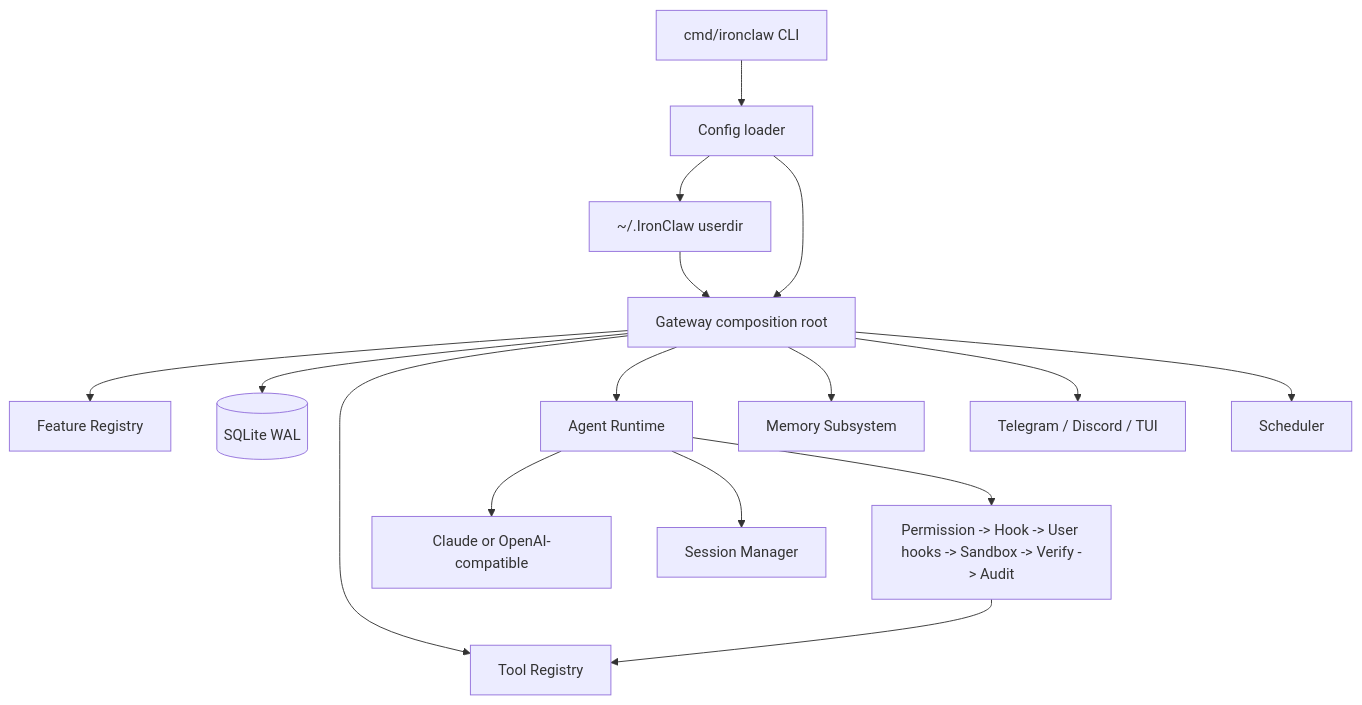
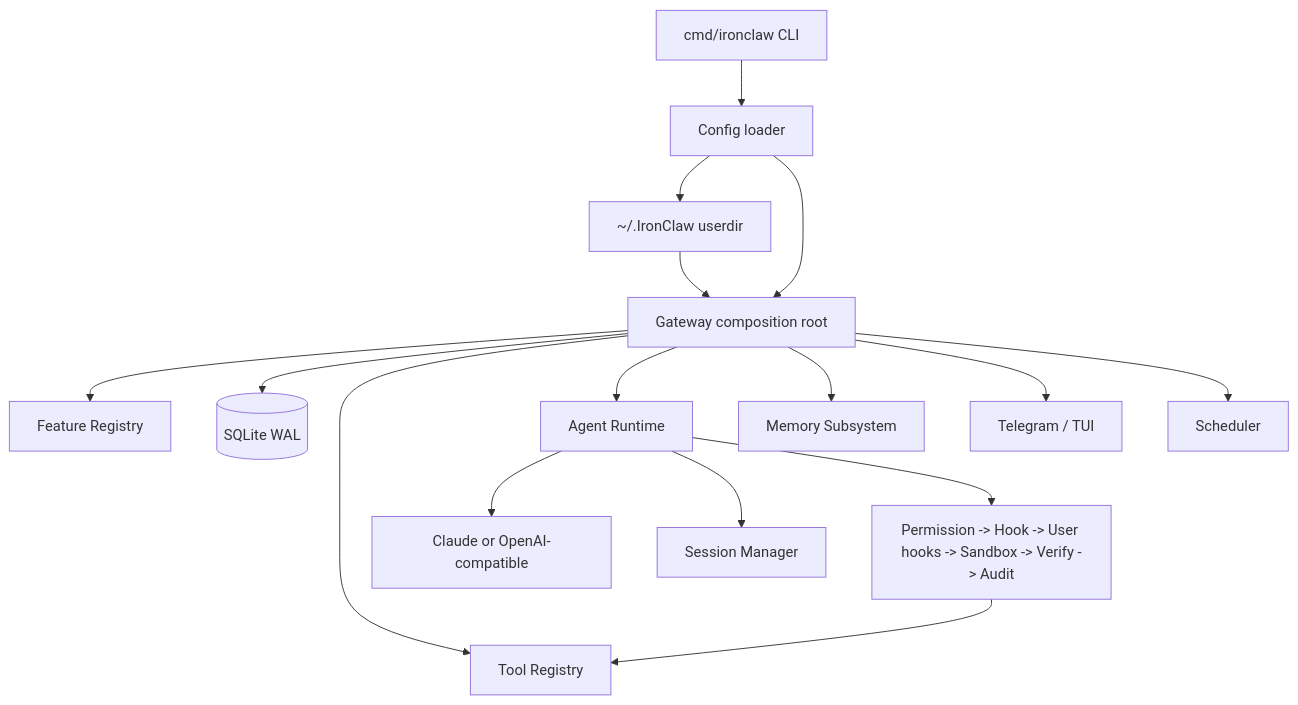
Before and after one commit to Forest-Isle/daimon: the diagram in README_zh.md, drawn with Mermaid. The commit also changed other lines of this file and 4 other files, not shown here.

````diff
--- a/README_zh.md
+++ b/README_zh.md
@@ -16,20 +9,20 @@
 ```mermaid
 flowchart TB
     CLI[cmd/ironclaw CLI] --> Config[Config loader]
     Config --> UserDir[~/.IronClaw userdir]
     Config --> Gateway[Gateway composition root]
     UserDir --> Gateway
 
     Gateway --> Feature[Feature Registry]
     Gateway --> Store[(SQLite WAL)]
     Gateway --> Tools[Tool Registry]
     Gateway --> Agent[Agent Runtime]
     Gateway --> Memory[Memory Subsystem]
-    Gateway --> Channels[Telegram / Discord / TUI]
+    Gateway --> Channels[Telegram / TUI]
     Gateway --> Scheduler[Scheduler]
 
     Agent --> Provider[Claude or OpenAI-compatible]
     Agent --> Sessions[Session Manager]
     Agent --> ToolChain[Permission -> Hook -> User hooks -> Sandbox -> Verify -> Audit]
     ToolChain --> Tools
 ```
````
